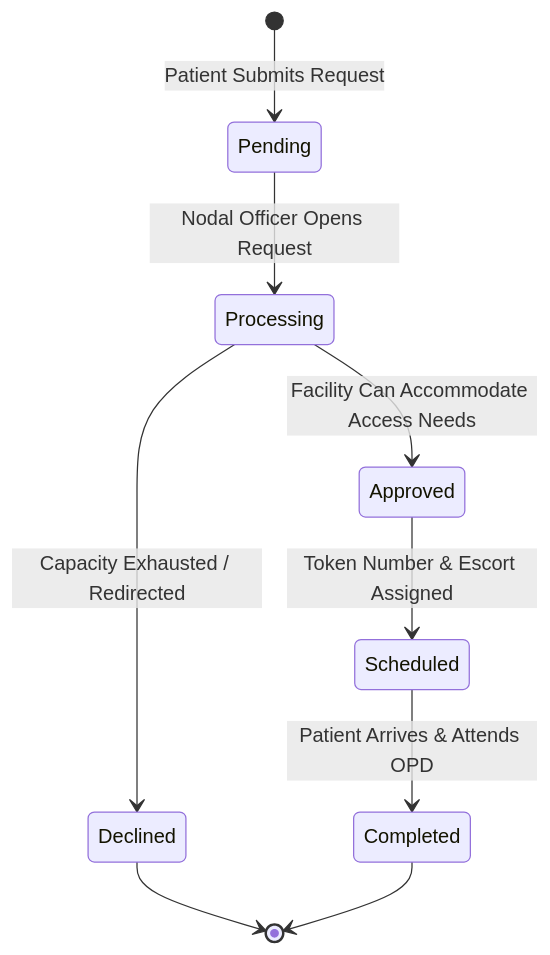
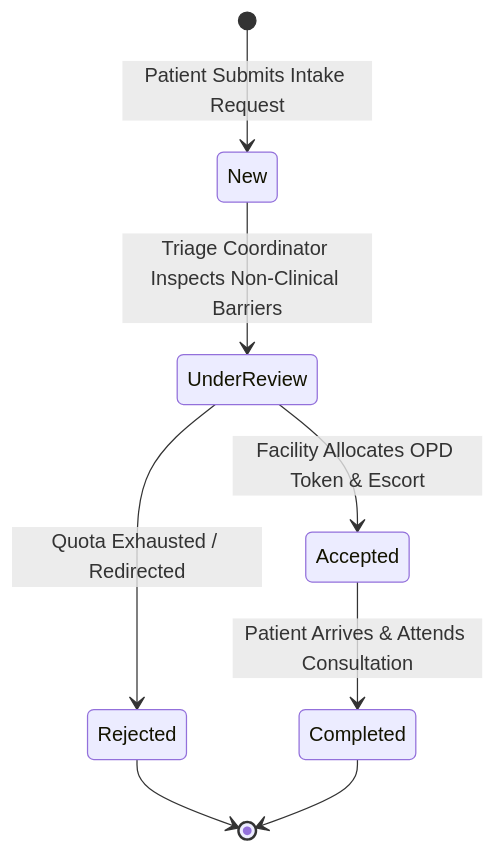
Before and after one commit to satyamhq/pfis: the second of 7 diagrams in WORKFLOW.md, drawn with Mermaid. The commit also changed other lines of this file and 7 other files, not shown here.

````diff
--- a/WORKFLOW.md
+++ b/WORKFLOW.md
@@ -49,11 +43,10 @@
 ```mermaid
 stateDiagram-v2
-    [*] --> Pending: Patient Submits Request
-    Pending --> Processing: Nodal Officer Opens Request
-    Processing --> Approved: Facility Can Accommodate Access Needs
-    Processing --> Declined: Capacity Exhausted / Redirected
-    Approved --> Scheduled: Token Number & Escort Assigned
-    Scheduled --> Completed: Patient Arrives & Attends OPD
-    Declined --> [*]
+    [*] --> New: Patient Submits Intake Request
+    New --> UnderReview: Triage Coordinator Inspects Non-Clinical Barriers
+    UnderReview --> Accepted: Facility Allocates OPD Token & Escort
+    UnderReview --> Rejected: Quota Exhausted / Redirected
+    Accepted --> Completed: Patient Arrives & Attends Consultation
+    Rejected --> [*]
     Completed --> [*]
 ```
````
